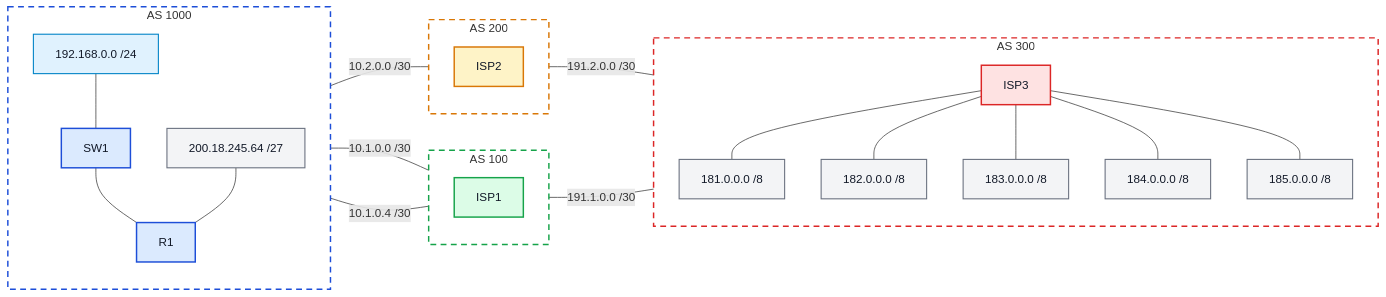
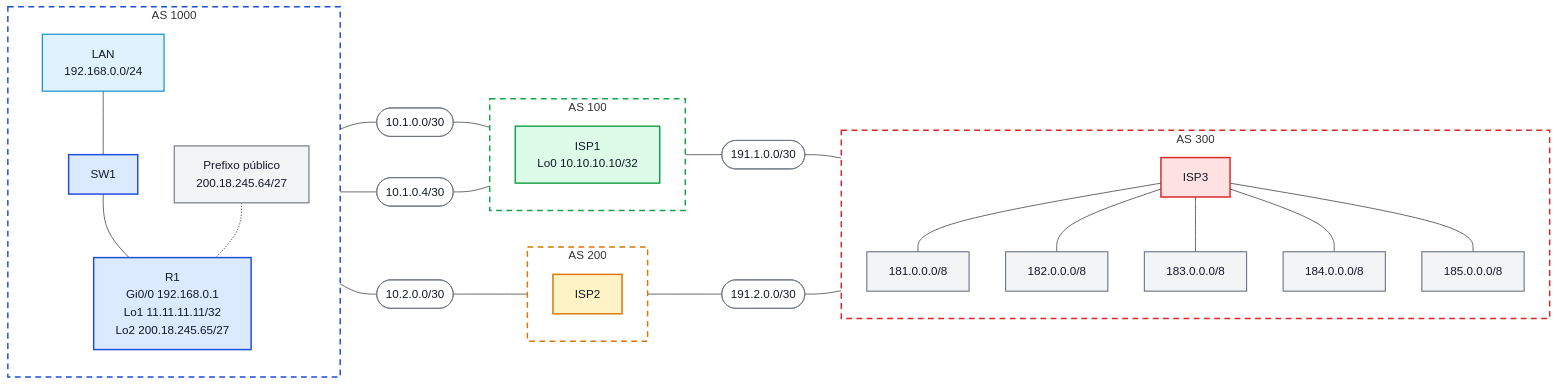
Before and after one commit to oficialvzi/PTR: the second of 2 diagrams in labs/lab06.md, drawn with Mermaid. The commit also changed 3 other files, not shown here.

First line of the commit message:
Redesenha topologia dos labs 06 a 09 com enlaces como nos para evitar sobreposicao

````diff
--- a/labs/lab06.md
+++ b/labs/lab06.md
@@ -191,73 +191,74 @@
 ```mermaid
 flowchart LR
-    %% ===== AS 1000 =====
     subgraph AS1000["AS 1000"]
         direction TB
-        PFX1["200.18.245.64 /27"]
+        LAN1["LAN<br/>192.168.0.0/24"]
         SW1["SW1"]
-        LAN1["192.168.0.0 /24"]
-        R1["R1"]
+        R1["R1<br/>Gi0/0 192.168.0.1<br/>Lo1 11.11.11.11/32<br/>Lo2 200.18.245.65/27"]
+        PFX1["Prefixo público<br/>200.18.245.64/27"]
 
+        LAN1 --- SW1
         SW1 --- R1
-        LAN1 --- SW1
-        PFX1 --- R1
+        PFX1 -.- R1
     end
 
-    %% ===== AS 100 =====
     subgraph AS100["AS 100"]
         direction TB
-        ISP1["ISP1"]
+        ISP1["ISP1<br/>Lo0 10.10.10.10/32"]
     end
 
-    %% ===== AS 200 =====
     subgraph AS200["AS 200"]
         direction TB
         ISP2["ISP2"]
     end
 
-    %% ===== AS 300 =====
     subgraph AS300["AS 300"]
         direction TB
         ISP3["ISP3"]
-        P181["181.0.0.0 /8"]
-        P182["182.0.0.0 /8"]
-        P183["183.0.0.0 /8"]
-        P184["184.0.0.0 /8"]
-        P185["185.0.0.0 /8"]
+        P181["181.0.0.0/8"]
+        P182["182.0.0.0/8"]
+        P183["183.0.0.0/8"]
+        P184["184.0.0.0/8"]
+        P185["185.0.0.0/8"]
 
         ISP3 --- P181
         ISP3 --- P182
         ISP3 --- P183
         ISP3 --- P184
         ISP3 --- P185
     end
 
-    %% ===== Links =====
-    R1 ---|10.1.0.0 /30| ISP1
-    R1 ---|10.1.0.4 /30| ISP1
-    R1 ---|10.2.0.0 /30| ISP2
-    ISP1 ---|191.1.0.0 /30| ISP3
-    ISP2 ---|191.2.0.0 /30| ISP3
+    %% Enlaces representados como nós, para evitar sobreposição de rótulos
+    N1(["10.1.0.0/30"])
+    N2(["10.1.0.4/30"])
+    N3(["10.2.0.0/30"])
+    N4(["191.1.0.0/30"])
+    N5(["191.2.0.0/30"])
 
-    %% ===== Cores dos nós =====
+    R1 --- N1 --- ISP1
+    R1 --- N2 --- ISP1
+    R1 --- N3 --- ISP2
+    ISP1 --- N4 --- ISP3
+    ISP2 --- N5 --- ISP3
+
     classDef empresa fill:#dbeafe,stroke:#1d4ed8,color:#111827,stroke-width:2px;
     classDef isp1 fill:#dcfce7,stroke:#16a34a,color:#111827,stroke-width:2px;
     classDef isp2 fill:#fef3c7,stroke:#d97706,color:#111827,stroke-width:2px;
     classDef isp3 fill:#fee2e2,stroke:#dc2626,color:#111827,stroke-width:2px;
     classDef prefixo fill:#f3f4f6,stroke:#6b7280,color:#111827,stroke-width:1.5px;
     classDef lan fill:#e0f2fe,stroke:#0284c7,color:#111827,stroke-width:1.5px;
+    classDef enlace fill:#ffffff,stroke:#6b7280,color:#111827,stroke-width:1px;
 
     class R1,SW1 empresa;
     class ISP1 isp1;
     class ISP2 isp2;
     class ISP3 isp3;
     class PFX1,P181,P182,P183,P184,P185 prefixo;
     class LAN1 lan;
+    class N1,N2,N3,N4,N5 enlace;
 
-    %% ===== Estilo dos AS =====
     style AS1000 fill:transparent,stroke:#1d4ed8,stroke-width:2px,stroke-dasharray: 8 6
     style AS100 fill:transparent,stroke:#16a34a,stroke-width:2px,stroke-dasharray: 8 6
     style AS200 fill:transparent,stroke:#d97706,stroke-width:2px,stroke-dasharray: 8 6
     style AS300 fill:transparent,stroke:#dc2626,stroke-width:2px,stroke-dasharray: 8 6
-
 ```
````
